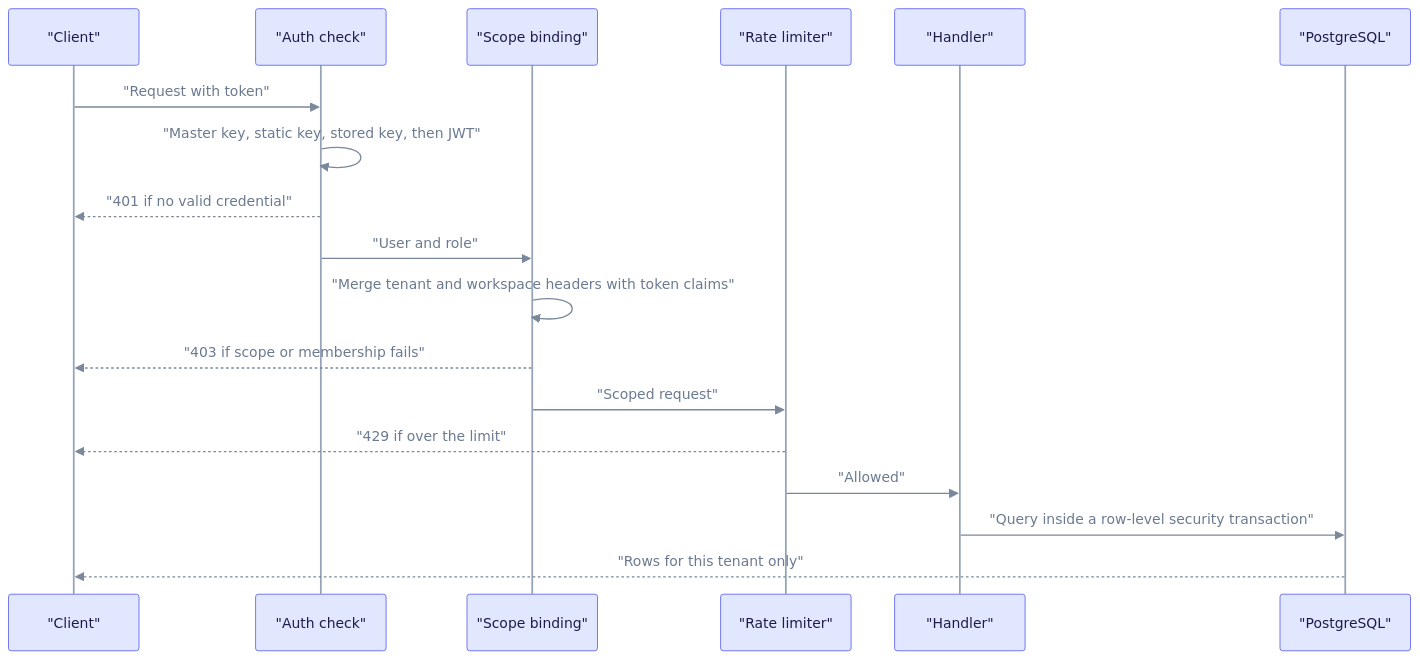
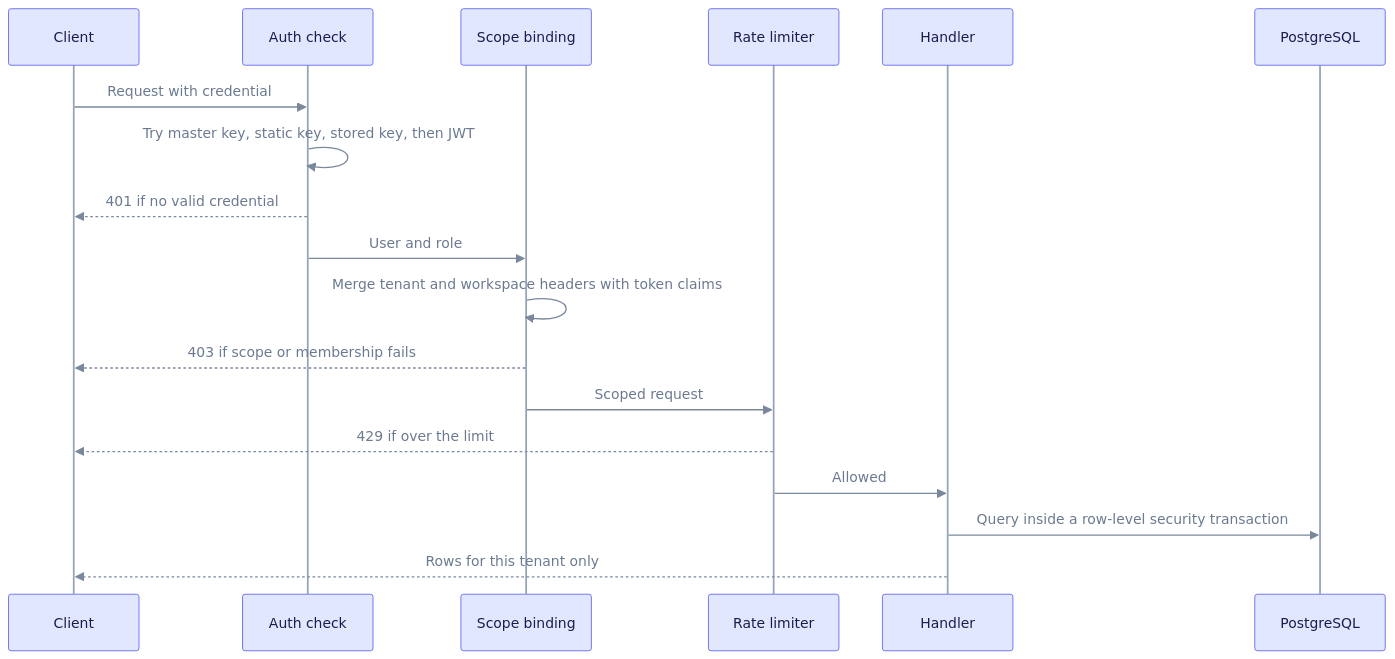
Before and after one commit to raphaelmansuy/edgequake: the first of 5 diagrams in docs/security/best-practices.md, drawn with Mermaid. The commit also changed other lines of this file and 194 other files, not shown here.

First line of the commit message:
Refresh docs against code and rebuild schema E/R as progressive steps

````diff
--- a/docs/security/best-practices.md
+++ b/docs/security/best-practices.md
@@ -45,22 +45,22 @@
 ```mermaid
 %%{init: {"theme":"base","themeVariables":{"primaryColor":"#E0E7FF","primaryBorderColor":"#6366F1","primaryTextColor":"#1E1B4B","secondaryColor":"#D1FAE5","secondaryBorderColor":"#10B981","secondaryTextColor":"#064E3B","tertiaryColor":"#FEF3C7","tertiaryBorderColor":"#F59E0B","tertiaryTextColor":"#6B7A90","lineColor":"#7A889C","clusterBkg":"rgba(99,102,241,0.07)","clusterBorder":"#A5B4FC","noteBkgColor":"#FEF9C3","noteTextColor":"#422006","textColor":"#6B7A90","titleColor":"#6B7A90","signalColor":"#7A889C","signalTextColor":"#6B7A90","loopTextColor":"#6B7A90","edgeLabelBackground":"#F1F5F9","actorLineColor":"#94A3B8"}}}%%
 %% eq-theme:v1
 sequenceDiagram
-  participant C as "Client"
-  participant A as "Auth check"
-  participant B as "Scope binding"
-  participant R as "Rate limiter"
-  participant H as "Handler"
-  participant D as "PostgreSQL"
-  C->>A: "Request with token"
-  A->>A: "Master key, static key, stored key, then JWT"
-  A-->>C: "401 if no valid credential"
-  A->>B: "User and role"
-  B->>B: "Merge tenant and workspace headers with token claims"
-  B-->>C: "403 if scope or membership fails"
-  B->>R: "Scoped request"
-  R-->>C: "429 if over the limit"
-  R->>H: "Allowed"
-  H->>D: "Query inside a row-level security transaction"
-  D-->>C: "Rows for this tenant only"
+  participant C as Client
+  participant A as Auth check
+  participant B as Scope binding
+  participant R as Rate limiter
+  participant H as Handler
+  participant D as PostgreSQL
+  C->>A: Request with credential
+  A->>A: Try master key, static key, stored key, then JWT
+  A-->>C: 401 if no valid credential
+  A->>B: User and role
+  B->>B: Merge tenant and workspace headers with token claims
+  B-->>C: 403 if scope or membership fails
+  B->>R: Scoped request
+  R-->>C: 429 if over the limit
+  R->>H: Allowed
+  H->>D: Query inside a row-level security transaction
+  H-->>C: Rows for this tenant only
 ```
````
